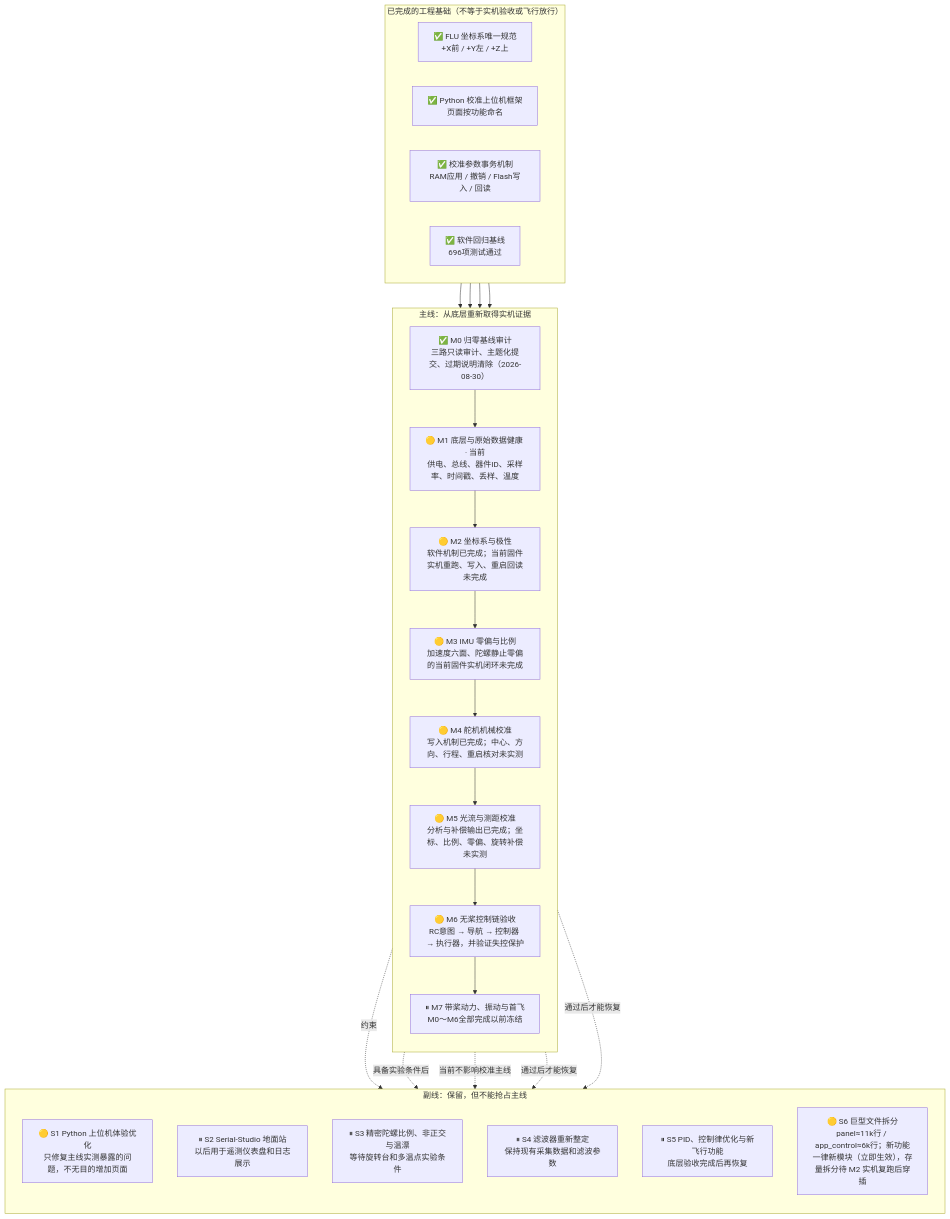
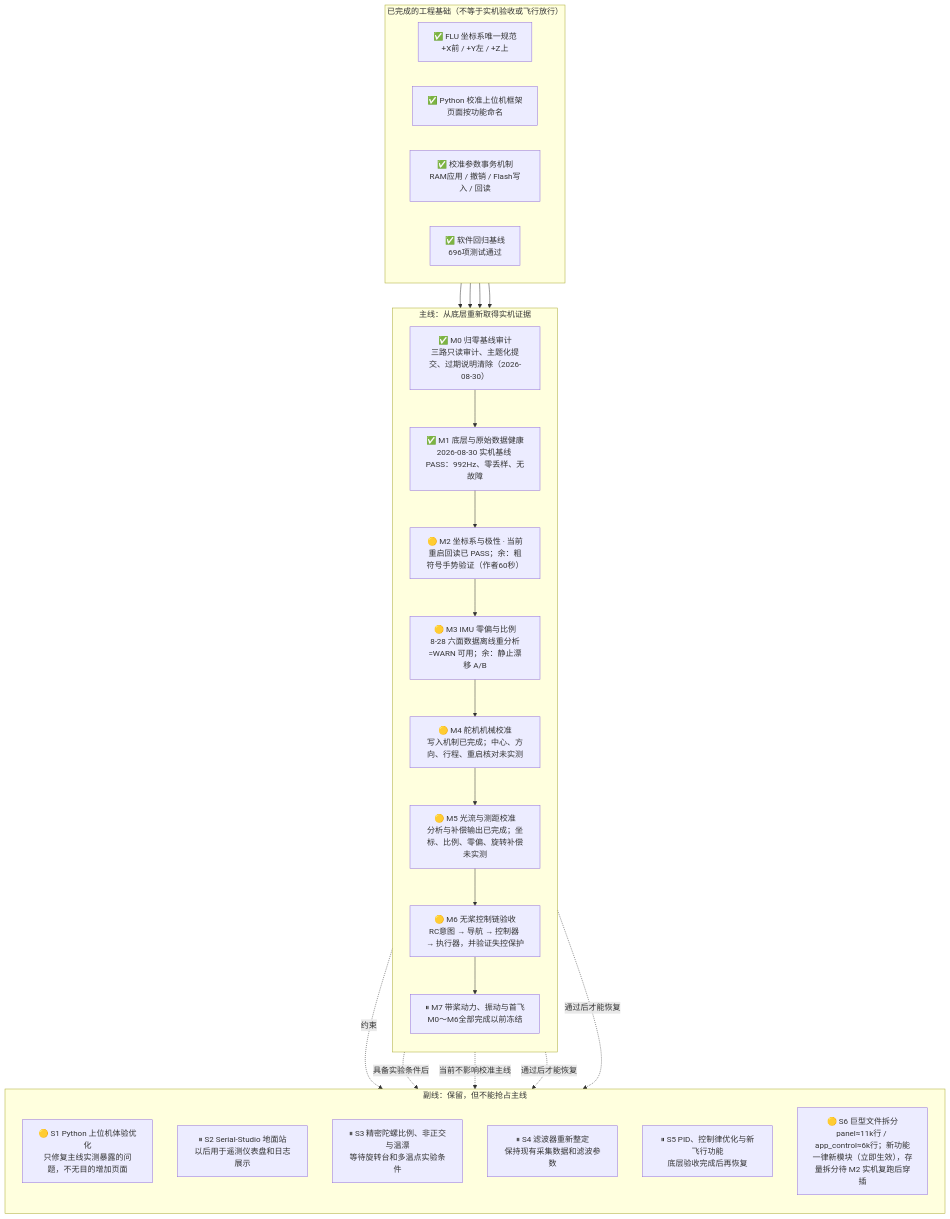
One commit to ThroneTLE/drone-H743 changed the diagram in PIPELINE.md. Above: the diagram before and after it, drawn with Mermaid. The commit also changed other lines of this file and 10 other files, not shown here.

````diff
--- a/PIPELINE.md
+++ b/PIPELINE.md
@@ -15,44 +16,44 @@
 ```mermaid
 flowchart TB
     subgraph BASE["已完成的工程基础（不等于实机验收或飞行放行）"]
         direction LR
         B1["✅ FLU 坐标系唯一规范<br/>+X前 / +Y左 / +Z上"]
         B2["✅ Python 校准上位机框架<br/>页面按功能命名"]
         B3["✅ 校准参数事务机制<br/>RAM应用 / 撤销 / Flash写入 / 回读"]
         B4["✅ 软件回归基线<br/>696项测试通过"]
     end
 
     subgraph MAIN["主线：从底层重新取得实机证据"]
         direction TB
         M0["✅ M0 归零基线审计<br/>三路只读审计、主题化提交、过期说明清除（2026-08-30）"]
-        M1["🟡 M1 底层与原始数据健康 · 当前<br/>供电、总线、器件ID、采样率、时间戳、丢样、温度"]
-        M2["🟡 M2 坐标系与极性<br/>软件机制已完成；当前固件实机重跑、写入、重启回读未完成"]
-        M3["🟡 M3 IMU 零偏与比例<br/>加速度六面、陀螺静止零偏的当前固件实机闭环未完成"]
+        M1["✅ M1 底层与原始数据健康<br/>2026-08-30 实机基线 PASS：992Hz、零丢样、无故障"]
+        M2["🟡 M2 坐标系与极性 · 当前<br/>重启回读已 PASS；余：粗符号手势验证（作者60秒）"]
+        M3["🟡 M3 IMU 零偏与比例<br/>8-28 六面数据离线重分析=WARN 可用；余：静止漂移 A/B"]
         M4["🟡 M4 舵机机械校准<br/>写入机制已完成；中心、方向、行程、重启核对未实测"]
         M5["🟡 M5 光流与测距校准<br/>分析与补偿输出已完成；坐标、比例、零偏、旋转补偿未实测"]
         M6["🟡 M6 无桨控制链验收<br/>RC意图 → 导航 → 控制器 → 执行器，并验证失控保护"]
         M7["⏸ M7 带桨动力、振动与首飞<br/>M0～M6全部完成以前冻结"]
         M0 --> M1 --> M2 --> M3 --> M4 --> M5 --> M6 --> M7
     end
 
     B1 --> M0
     B2 --> M0
     B3 --> M0
     B4 --> M0
 
     subgraph SIDE["副线：保留，但不能抢占主线"]
         direction TB
         S1["🟡 S1 Python 上位机体验优化<br/>只修复主线实测暴露的问题，不无目的增加页面"]
         S2["⏸ S2 Serial-Studio 地面站<br/>以后用于遥测仪表盘和日志展示"]
         S3["⏸ S3 精密陀螺比例、非正交与温漂<br/>等待旋转台和多温点实验条件"]
         S4["⏸ S4 滤波器重新整定<br/>保持现有采集数据和滤波参数"]
         S5["⏸ S5 PID、控制律优化与新飞行功能<br/>底层验收完成后再恢复"]
         S6["🟡 S6 巨型文件拆分<br/>panel≈11k行 / app_control≈6k行；新功能一律新模块（立即生效），存量拆分待 M2 实机复跑后穿插"]
     end
 
     M0 -.约束.-> S1
     M1 -.具备实验条件后.-> S3
     M5 -.当前不影响校准主线.-> S2
     M6 -.通过后才能恢复.-> S4
     M6 -.通过后才能恢复.-> S5
 ```
````
